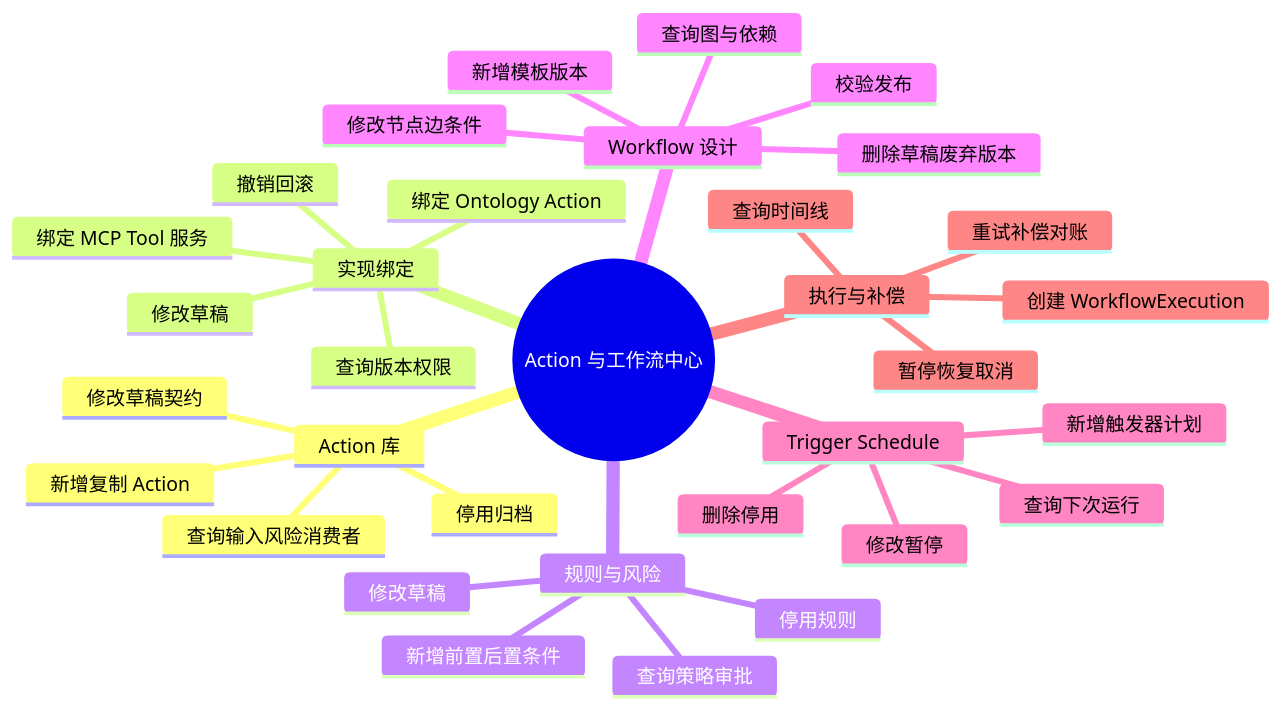
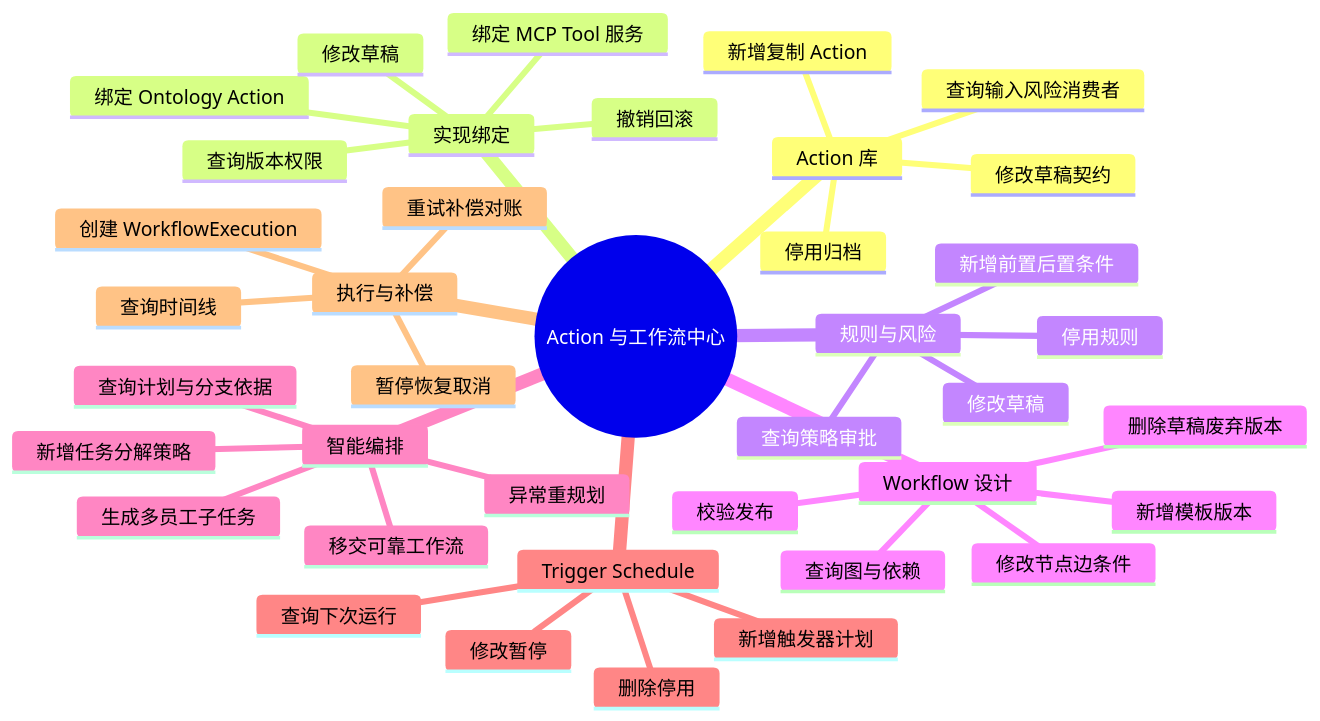
One commit to Bert0000000000/MetaPlatform changed diagram 12 of 22 in docs/superpowers/specs/2026-09-01-metaplatform-product-modules-design.md. Above: the diagram before and after it, drawn with Mermaid. The commit also changed other lines of this file, not shown here.

````diff
--- a/docs/superpowers/specs/2026-09-01-metaplatform-product-modules-design.md
+++ b/docs/superpowers/specs/2026-09-01-metaplatform-product-modules-design.md
@@ -706,36 +729,42 @@
 ```mermaid
 mindmap
   root((Action 与工作流中心))
     Action 库
       新增复制 Action
       查询输入风险消费者
       修改草稿契约
       停用归档
     实现绑定
       绑定 Ontology Action
       绑定 MCP Tool 服务
       查询版本权限
       修改草稿
       撤销回滚
     规则与风险
       新增前置后置条件
       查询策略审批
       修改草稿
       停用规则
     Workflow 设计
       新增模板版本
       查询图与依赖
       修改节点边条件
       删除草稿废弃版本
       校验发布
+    智能编排
+      新增任务分解策略
+      查询计划与分支依据
+      生成多员工子任务
+      异常重规划
+      移交可靠工作流
     Trigger Schedule
       新增触发器计划
       查询下次运行
       修改暂停
       删除停用
     执行与补偿
       创建 WorkflowExecution
       查询时间线
       暂停恢复取消
       重试补偿对账
 ```
````
